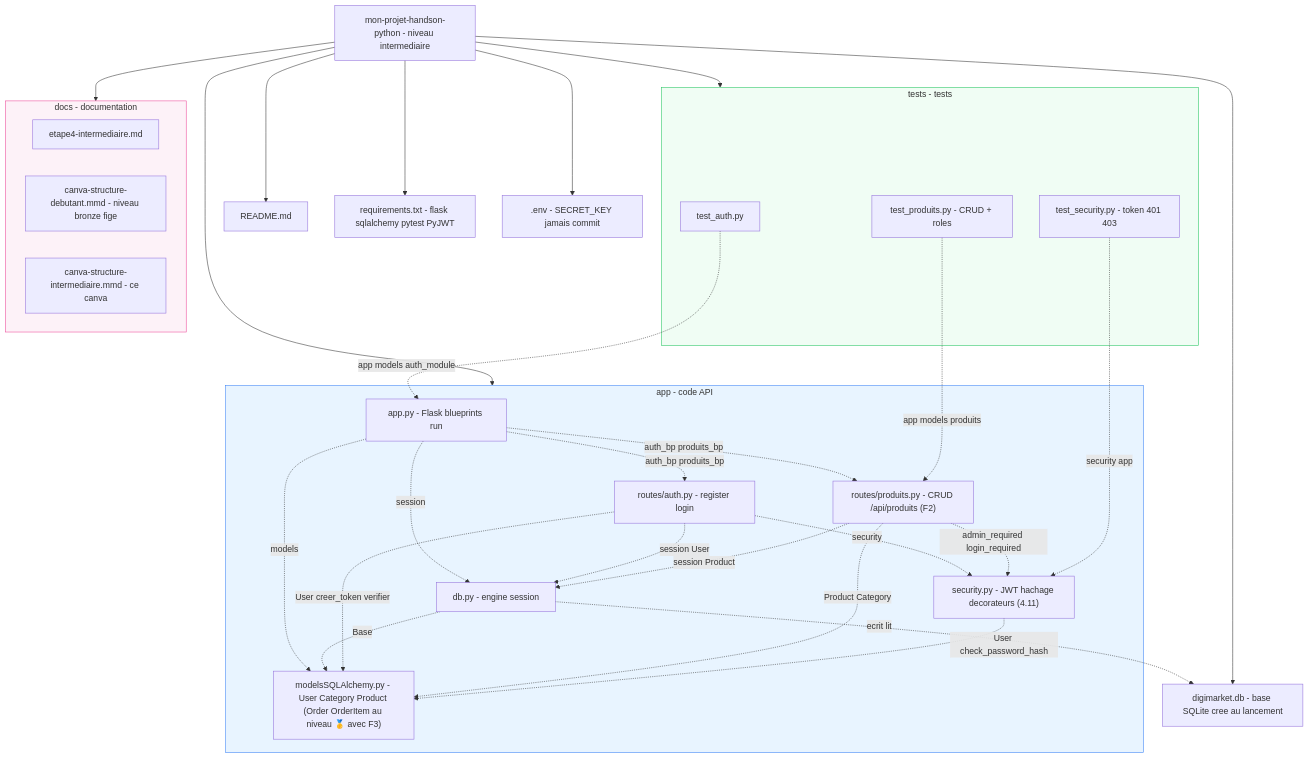
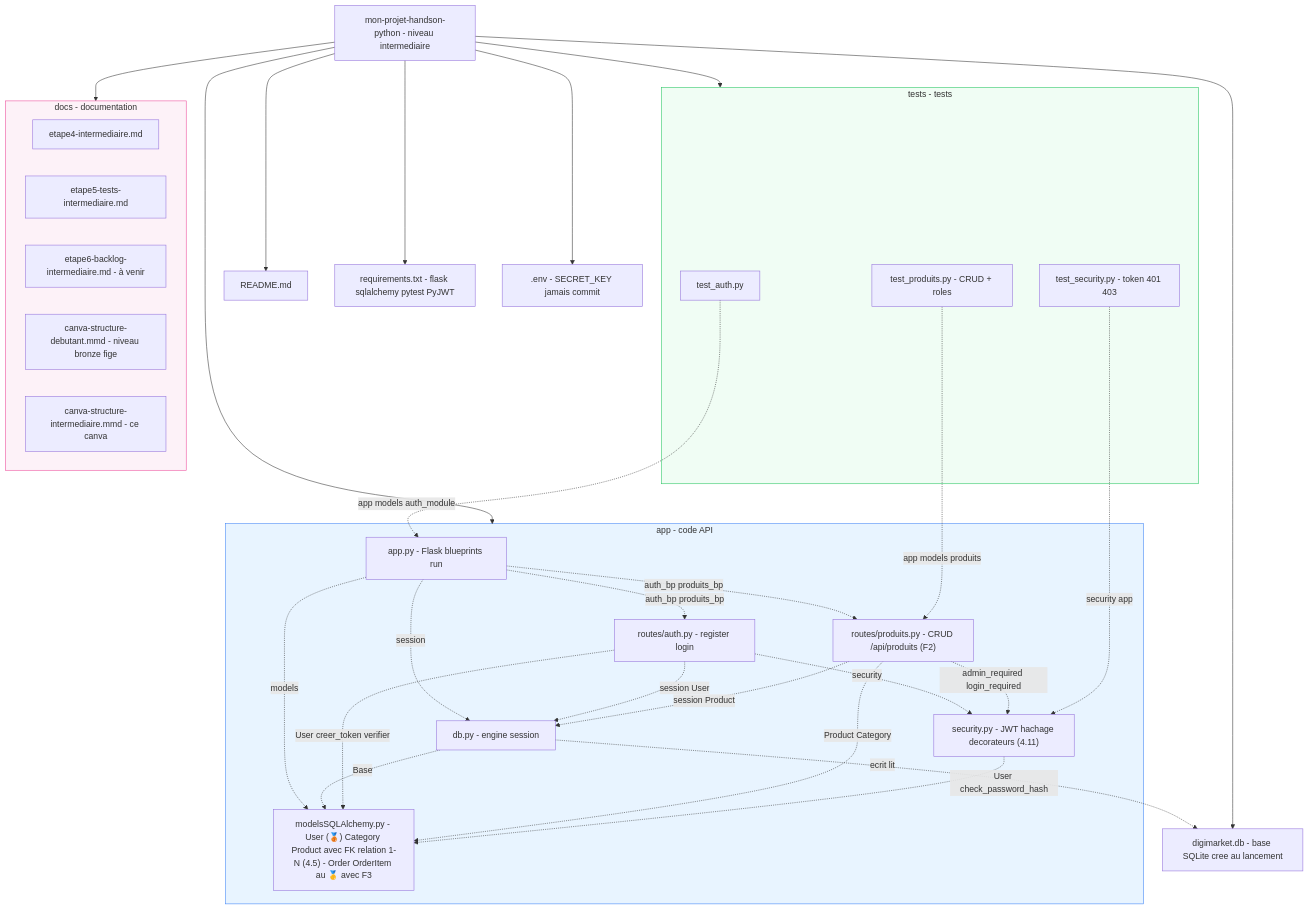
Before and after one commit to ericlacombe/mon-projet-handson-python: the diagram in docs/canva-structure-intermediaire.mmd, drawn with Mermaid.

Commit message:
docs/canva-structure-intermediaire.mmd : mention 4.5 sur les modèles (FK 1-N) + docs 🥈 (etape5, etape6 à venir)

```diff
--- a/docs/canva-structure-intermediaire.mmd
+++ b/docs/canva-structure-intermediaire.mmd
@@ -1,57 +1,59 @@
 %% Canva structure de fichiers - mon-projet-handson-python - NIVEAU INTERMEDIAIRE
 %% Rendu : copier ce bloc sur https://mermaid.live
 %% Legende : fleche pleine = arborescence ; fleche pointillee + texte = import Python (le texte = le nom importe)
 %% Niveau precedent conserve tel quel dans docs/canva-structure-debutant.mmd (jamais ecrase)
 flowchart TB
     ROOT["mon-projet-handson-python - niveau intermediaire"]
 
     ROOT --> README["README.md"]
     ROOT --> REQ["requirements.txt - flask sqlalchemy pytest PyJWT"]
     ROOT --> ENV[".env - SECRET_KEY jamais commit"]
     ROOT --> DBFILE["digimarket.db - base SQLite cree au lancement"]
 
     subgraph APP["app - code API"]
         A_APP["app.py - Flask blueprints run"]
         A_DB["db.py - engine session"]
         A_SEC["security.py - JWT hachage decorateurs (4.11)"]
-        A_MODELS["modelsSQLAlchemy.py - User Category Product (Order OrderItem au niveau 🥇 avec F3)"]
+        A_MODELS["modelsSQLAlchemy.py - User (🥉) Category Product avec FK relation 1-N (4.5) - Order OrderItem au 🥇 avec F3"]
         A_AUTH["routes/auth.py - register login"]
         A_PROD["routes/produits.py - CRUD /api/produits (F2)"]
     end
 
     subgraph TESTS["tests - tests"]
         T_AUTH["test_auth.py"]
         T_SEC["test_security.py - token 401 403"]
         T_PROD["test_produits.py - CRUD + roles"]
     end
 
     subgraph DOCS["docs - documentation"]
         D_ET4["etape4-intermediaire.md"]
+        D_ET5["etape5-tests-intermediaire.md"]
+        D_ET6["etape6-backlog-intermediaire.md - à venir"]
         D_CANVA_B["canva-structure-debutant.mmd - niveau bronze fige"]
         D_CANVA_I["canva-structure-intermediaire.mmd - ce canva"]
     end
 
     ROOT --> APP
     ROOT --> TESTS
     ROOT --> DOCS
 
     A_APP -.->|auth_bp produits_bp| A_AUTH
     A_APP -.->|auth_bp produits_bp| A_PROD
     A_APP -.->|session| A_DB
     A_APP -.->|models| A_MODELS
     A_DB -.->|Base| A_MODELS
     A_DB -.->|"ecrit lit"| DBFILE
     A_AUTH -.->|session User| A_DB
     A_AUTH -.->|User creer_token verifier| A_MODELS
     A_AUTH -.->|security| A_SEC
     A_PROD -.->|session Product| A_DB
     A_PROD -.->|Product Category| A_MODELS
     A_PROD -.->|admin_required login_required| A_SEC
     A_SEC -.->|User check_password_hash| A_MODELS
     T_AUTH -.->|app models auth_module| A_APP
     T_SEC -.->|security app| A_SEC
     T_PROD -.->|app models produits| A_PROD
 
     style APP fill:#e8f4ff,stroke:#3b82f6
     style TESTS fill:#f0fdf4,stroke:#22c55e
     style DOCS fill:#fdf2f8,stroke:#ec4899
```
